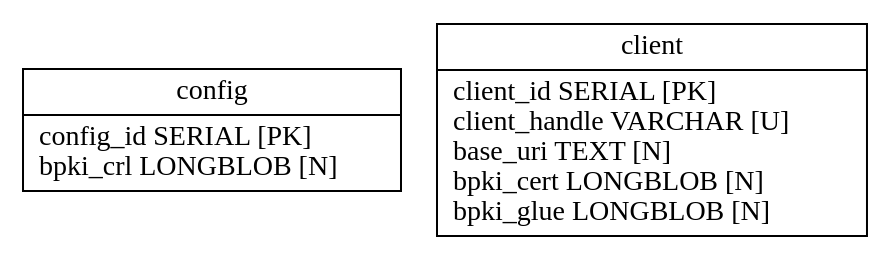
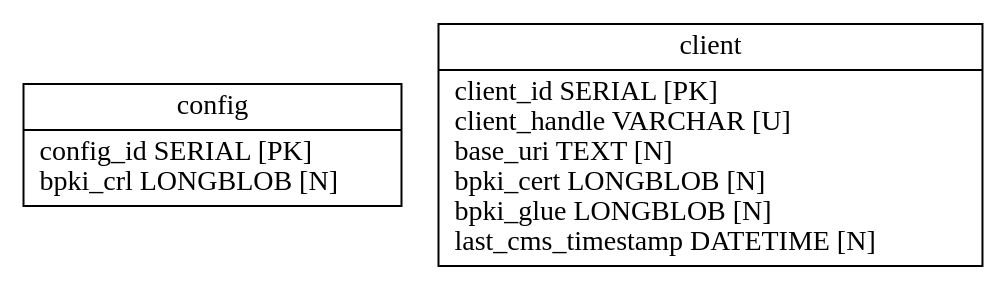
One commit to dragonresearch/rpki.net changed the diagram in rpkid.without_tls/doc/pubd.dot. Above: the diagram before and after it, drawn with Graphviz. The commit also changed 17 other files, not shown here.

```diff
--- a/rpkid.without_tls/doc/pubd.dot
+++ b/rpkid.without_tls/doc/pubd.dot
@@ -1,9 +1,9 @@
 // Automatically generated from pubd.sql
 
 digraph test {
 	edge [arrowtail=none, arrowhead=crow];
 	graph [ratio=fill, overlap=false];
 	node [label="\N", fillcolor=white, shape=record, style=filled];
 	node1 [label="{config\n|config_id\ SERIAL\ [PK]\lbpki_crl\ LONGBLOB\ [N]\l}"];
-	node2 [label="{client\n|client_id\ SERIAL\ [PK]\lclient_handle\ VARCHAR\ [U]\lbase_uri\ TEXT\ [N]\lbpki_cert\ LONGBLOB\ [N]\lbpki_glue\ LONGBLOB\ [N]\l}"];
+	node2 [label="{client\n|client_id\ SERIAL\ [PK]\lclient_handle\ VARCHAR\ [U]\lbase_uri\ TEXT\ [N]\lbpki_cert\ LONGBLOB\ [N]\lbpki_glue\ LONGBLOB\ [N]\llast_cms_timestamp\ DATETIME\ [N]\l}"];
 }
```
